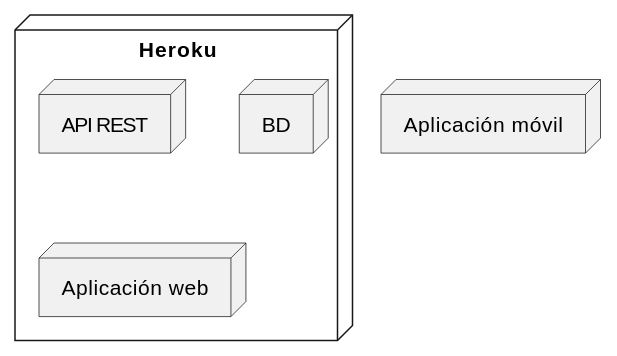
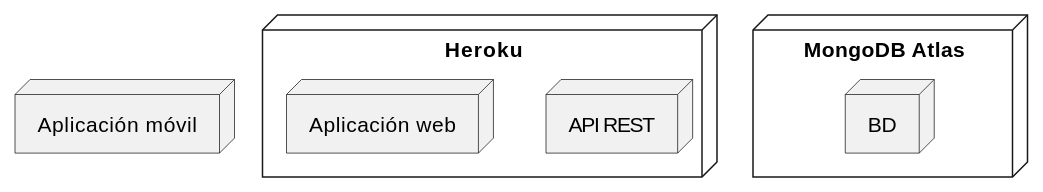
The diagram in webapp/docs/07_deployment_view.adoc (Arquisoft/radarin_es4b), drawn with PlantUML before and after one commit. The commit also changed 1 other file, not shown here.

Commit message:
Arreglado error coordenadas

```diff
--- a/webapp/docs/07_deployment_view.adoc
+++ b/webapp/docs/07_deployment_view.adoc
@@ -6,11 +6,13 @@
 [plantuml,"Diagrama de despliegue",png]
 ----
 @startuml
 node "Heroku" {
     node "API REST"
+    node "Aplicación web" 
+}
+node "MongoDB Atlas" {
     node "BD"
-    node "Aplicación web" 
 }
 node "Aplicación móvil"
 @enduml
 ----
```
